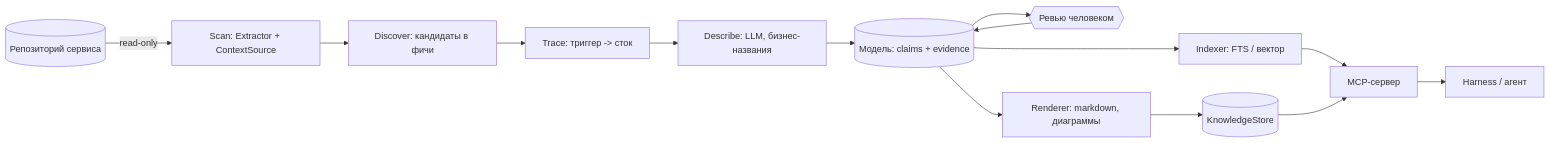
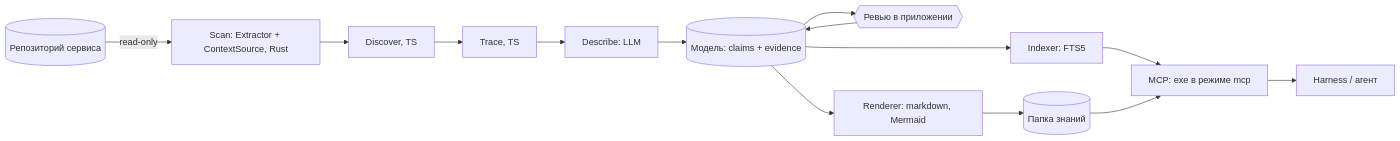
Before and after one commit to Valeriy-Dyakonov/knowledge-hub: the diagram in docs/01-architecture.md, drawn with Mermaid. The commit also changed other lines of this file and 12 other files, not shown here.

````diff
--- a/docs/01-architecture.md
+++ b/docs/01-architecture.md
@@ -25,16 +42,16 @@
 ```mermaid
 flowchart LR
-  repo[(Репозиторий сервиса)] -->|read-only| scan[Scan: Extractor + ContextSource]
-  scan --> disc[Discover: кандидаты в фичи]
-  disc --> trace[Trace: триггер -> сток]
-  trace --> desc[Describe: LLM, бизнес-названия]
+  repo[(Репозиторий сервиса)] -->|read-only| scan[Scan: Extractor + ContextSource, Rust]
+  scan --> disc[Discover, TS]
+  disc --> trace[Trace, TS]
+  trace --> desc[Describe: LLM]
   desc --> model[(Модель: claims + evidence)]
-  model --> review{{Ревью человеком}}
+  model --> review{{Ревью в приложении}}
   review --> model
-  model --> render[Renderer: markdown, диаграммы]
-  model --> index[Indexer: FTS / вектор]
-  render --> store[(KnowledgeStore)]
-  index --> mcp[MCP-сервер]
+  model --> render[Renderer: markdown, Mermaid]
+  model --> index[Indexer: FTS5]
+  render --> store[(Папка знаний)]
+  index --> mcp[MCP: exe в режиме mcp]
   store --> mcp
   mcp --> agent[Harness / агент]
 ```
````
